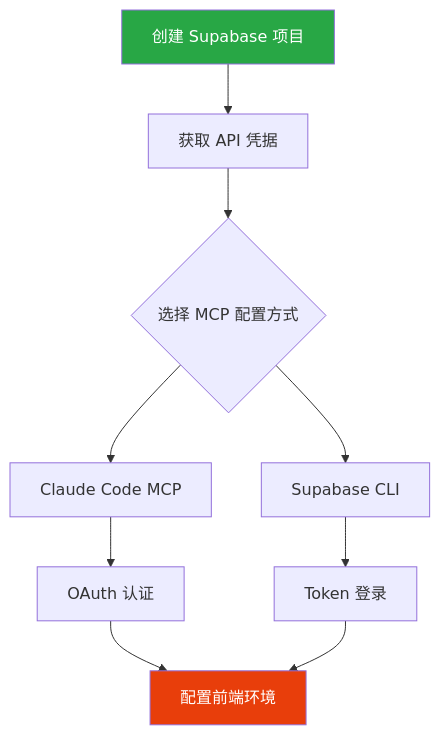
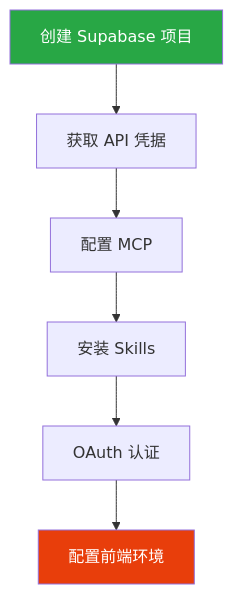
One commit to veil-chow-fyaic/SRM changed the first of 4 diagrams in docs/ai-backend-development-guide/02-SUPABASE-SETUP.md. Above: the diagram before and after it, drawn with Mermaid. The commit also changed other lines of this file and 6 other files, not shown here.

````diff
--- a/docs/ai-backend-development-guide/02-SUPABASE-SETUP.md
+++ b/docs/ai-backend-development-guide/02-SUPABASE-SETUP.md
@@ -7,14 +7,11 @@
 ```mermaid
 flowchart TB
     A[创建 Supabase 项目] --> B[获取 API 凭据]
-    B --> C{选择 MCP 配置方式}
-    C --> D[Claude Code MCP]
-    C --> E[Supabase CLI]
-    D --> F[OAuth 认证]
-    E --> G[Token 登录]
-    F --> H[配置前端环境]
-    G --> H
+    B --> C[配置 MCP]
+    C --> D[安装 Skills]
+    D --> E[OAuth 认证]
+    E --> F[配置前端环境]
 
     style A fill:#28a745,color:#fff
-    style H fill:#e83e0b,color:#fff
+    style F fill:#e83e0b,color:#fff
 ```
````
